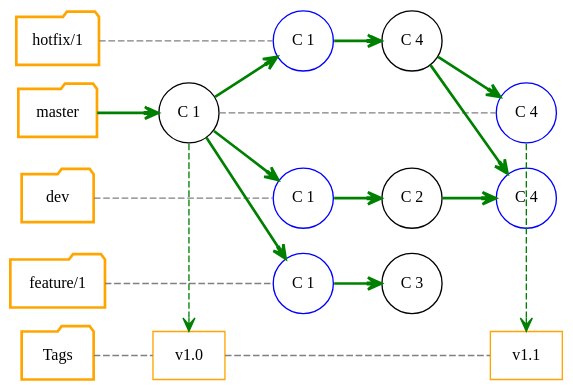
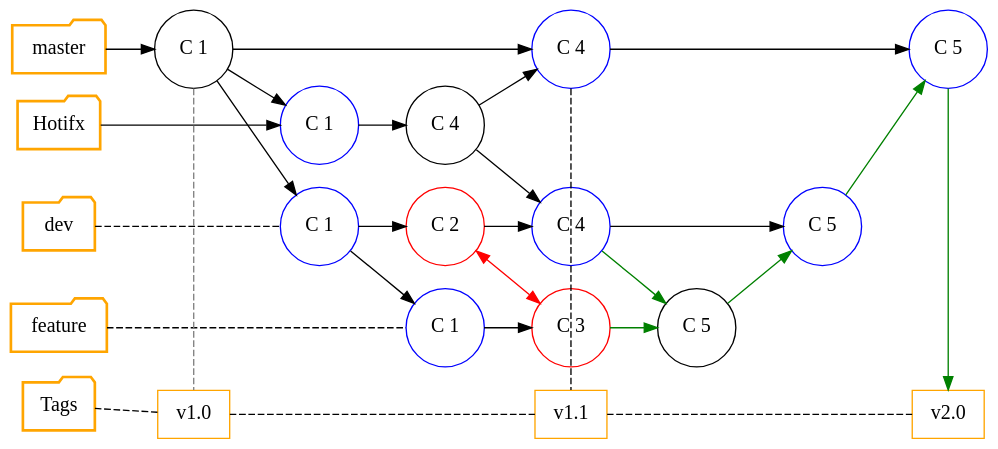
Before and after one commit to Gepardec/git-training: the diagram in slides/intro/src/docs/asciidoc/graphviz/git-scenario-7.dot, drawn with Graphviz. The commit also changed 17 other files, not shown here.

```diff
--- a/slides/intro/src/docs/asciidoc/graphviz/git-scenario-7.dot
+++ b/slides/intro/src/docs/asciidoc/graphviz/git-scenario-7.dot
@@ -1,65 +1,76 @@
-digraph git_branch_model {
-  splines=line
-  rankdir="LR"
-  bgcolor="transparent"
+digraph git_scenario_7 {
+    splines=line
+    rankdir="LR"
+    bgcolor="transparent"
 
-  /* Global Node/Edge config */
-  edge[arrowhead=open]
+    /* Nodes representing the branches */
+    node[ fontsize=15.0,style="bold", shape=folder, color=orange]
+    master [group="master"]
+    hotfix [label="Hotifx", group="hotfix"]
+    dev [group="dev"]
+    feature [label="feature", group="feature"]
+    tags [label="Tags", group="tags"]
 
-  /* Nodes representing the branches */
-  node[ fontsize=12.0,style="bold", shape=folder, color=orange]
-  master [group="master"]
-  dev [group="dev"]
-  feature_1 [label="feature/1", group="feature"]
-  hotfix_1 [label="hotfix/1", group="hotfix"]
-  tags [label="Tags", group="tags"]
+    /* Nodes representing commit */
+    node[ fontsize=15.0,style="",shape=circle, color=""]
+    C_1[label="C 1", group="master"]
+    C_2[label="C 2", group="dev", color="red"]
+    C_3[label="C 3", group="feature", color=red]
+    C_4[label="C 4", group="hotfix"]
+    C_5[label="C 5", group="feature"]
 
-  /* Nodes representing Tags */
-  node[shape=rect,fontsize=12.0, style="", color=orange]
-  T_1 [label="v1.0", group="tags"]
-  T_2 [label="v1.1", group="tags"]
+    /* Nodes representing pointer */
+    node[color="blue"]
+    C_1_D [label="C 1", group="dev"]
+    C_4_D [label="C 4", group="dev"]
+    C_5_D [label="C 5", group="dev"]
+    C_4_M [label="C 4", group="master"]
+    C_5_M [label="C 5", group="master"]
+    C_1_F_1 [label="C 1", group="feature"]
+    C_1_H_1 [label="C 1", group="hotfix"]
 
-  /* Nodes representing commit */
-  node[ fontsize=12.0,style="",shape=circle, color=""]
-  C_1[label="C 1", group="master"]
-  C_4_H_1 [label="C 4", group="hotfix"]  C_2_D[label="C 2", group="dev"]
-    C_3_F_1 [label="C 3", group="feature"]
+    /* Nodes representing Tags */
+    node[shape=rect,fontsize=15.0, style="", color=orange]
+    T_1 [label="v1.0", group="release"]
+    T_2 [label="v1.1", group="release"]
+    T_3 [label="v2.0", group="release"]
 
-  /* Nodes representing pointer */
-  node[color="blue"]
-  C_1_D [label="C 1", group="dev"]
-  C_1_F_1 [label="C 1", group="feature"]
-  C_1_H_1 [label="C 1", group="hotfix"]
-  C_4[label="C 4", group="master"]
-  C_4_D [label="C 4", group="dev"]
+    /* Define master branch commits */
+    master -> C_1 -> C_4_M -> C_5_M
+    feature -> C_1_F_1 [arrowhead=none,style="dashed"]
+    dev -> C_1_D [arrowhead=none,style="dashed"]
+    tags -> T_1 -> T_2 -> T_3 [arrowhead=none,style="dashed"]
+    hotfix -> C_1_H_1
+    C_4_M -> T_2 [arrowhead=none,style="dashed"]
+    C_4_D -> C_5_D
+    C_2 -> C_4_D
 
-  edge[arrowhead=none, style="dashed",color=gray]
-  /* Define master branch commits */
-  master -> C_1  [arrowhead=open, color="green", style="bold"]
-  C_1 -> C_4
-  feature_1 -> C_1_F_1
-  C_1_F_1 -> C_3_F_1 [arrowhead=open, color="green", style="bold"]
-  hotfix_1 -> C_1_H_1
-  tags -> T_1 -> T_2
 
-  /* Define dev branch commits */
-  dev -> C_1_D
+    /* 1. inter branch commit */
+    C_1 -> C_1_D -> C_1_F_1
+    C_1 -> C_1_H_1 -> C_4 -> { C_4_M C_4_D }
+    C_1_D -> C_2
+    C_1_F_1 -> C_3
+    C_3 -> C_5 [color=green]
+    C_4_D -> C_5 -> C_5_D -> C_5_M [color=green]
+    C_5_M -> T_3 [color=green]
 
-  edge[color="green", arrowhead=open,  style="dashed"]
-  /* 2. Git Tags */
-  C_1 -> T_1
-  C_4 -> T_2
+    edge[arrowhead=none, style=dashed, color="gray"]
+    C_1 -> T_1
 
-  edge[color="green", arrowhead=open,  style="bold"]
-  /* 1. inter branch commit */
-  C_1 -> C_1_D -> C_2_D
-  C_1 -> C_1_F_1
-  C_1 -> C_1_H_1 -> C_4_H_1 -> C_4
-  { C_2_D C_4_H_1 } -> C_4_D
+    /* 2. Conflicts */
+    edge[arrowhead="", dir=both, style="", color="red"]
+    C_2 -> C_3
 
-  {rank=same; master dev feature_1 hotfix_1 tags}
-  {rank=same; C_1 T_1}
-  {rank=same; C_1_H_1 C_1_D C_1_F_1}
-  {rank=same; C_4_H_1 C_2_D C_3_F_1}
-  {rank=same; C_4 T_2}
+    /* Connect branches with invis edges, to declare ordering this way */
+    edge[style=invis]
+    master -> hotfix -> dev -> feature -> tags
+
+    {rank=same; C_1 T_1 }
+    {rank=same; C_1_H_1 C_1_D }
+    {rank=same; C_2 C_4 C_1_F_1}
+    {rank=same; C_3 C_4_D }
+    {rank=same; C_4_M T_2 }
+    {rank=same; C_5_M T_3 }
+    {rank=same; master hotfix dev feature tags}
 }
```
